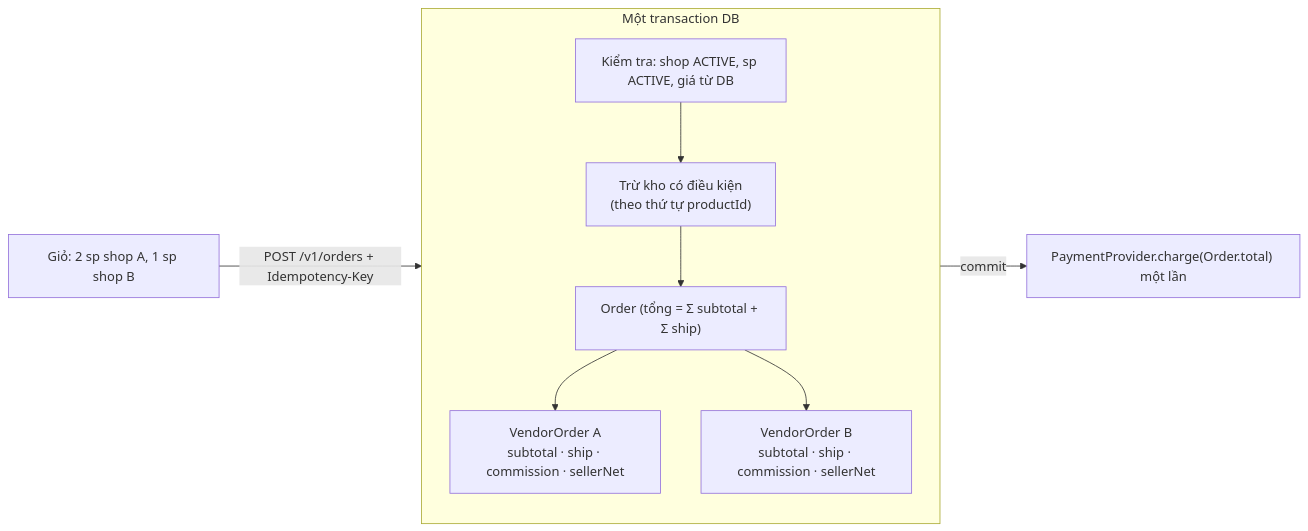
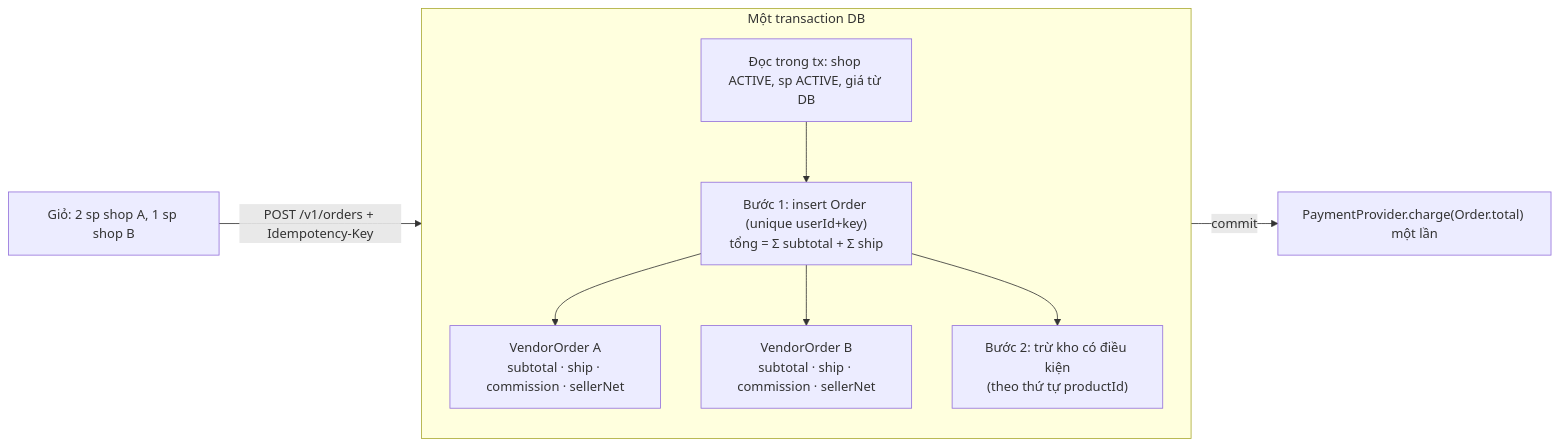
Before and after one commit to NQB37/PixelMart: the diagram in docs/v2/plans/sprint-10.md, drawn with Mermaid. The commit also changed other lines of this file and 6 other files, not shown here.

````diff
--- a/docs/v2/plans/sprint-10.md
+++ b/docs/v2/plans/sprint-10.md
@@ -23,12 +23,12 @@
 ```mermaid
 flowchart LR
   CART["Giỏ: 2 sp shop A, 1 sp shop B"] -->|"POST /v1/orders + Idempotency-Key"| TX
   subgraph TX["Một transaction DB"]
     direction TB
-    V["Kiểm tra: shop ACTIVE, sp ACTIVE, giá từ DB"] --> K["Trừ kho có điều kiện<br/>(theo thứ tự productId)"]
-    K --> O["Order (tổng = Σ subtotal + Σ ship)"]
+    V["Đọc trong tx: shop ACTIVE, sp ACTIVE, giá từ DB"] --> O["Bước 1: insert Order (unique userId+key)<br/>tổng = Σ subtotal + Σ ship"]
     O --> VA["VendorOrder A<br/>subtotal · ship · commission · sellerNet"]
     O --> VB["VendorOrder B<br/>subtotal · ship · commission · sellerNet"]
+    O --> K["Bước 2: trừ kho có điều kiện<br/>(theo thứ tự productId)"]
   end
   TX -->|"commit"| PAY["PaymentProvider.charge(Order.total) một lần"]
 ```
````
